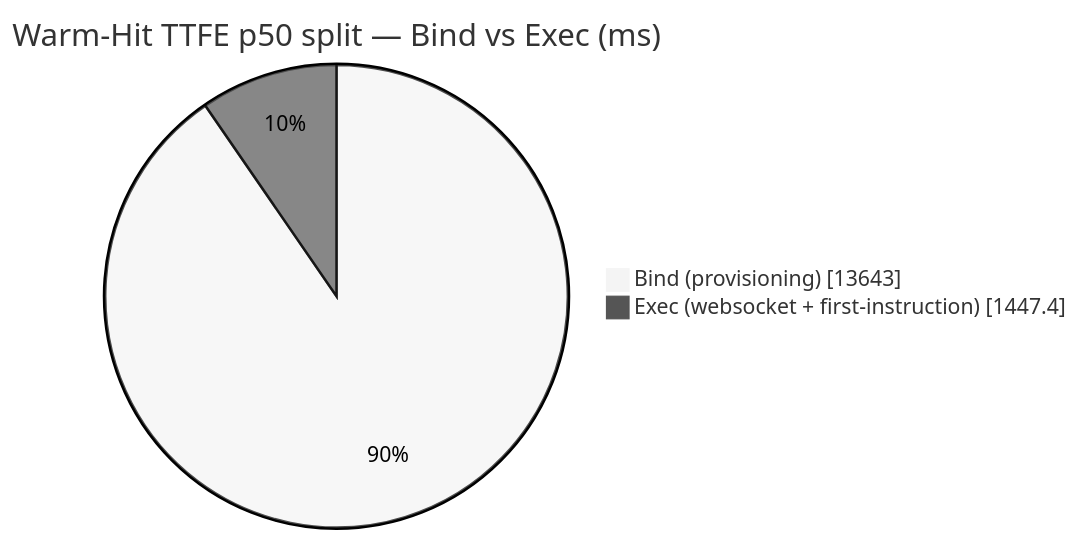
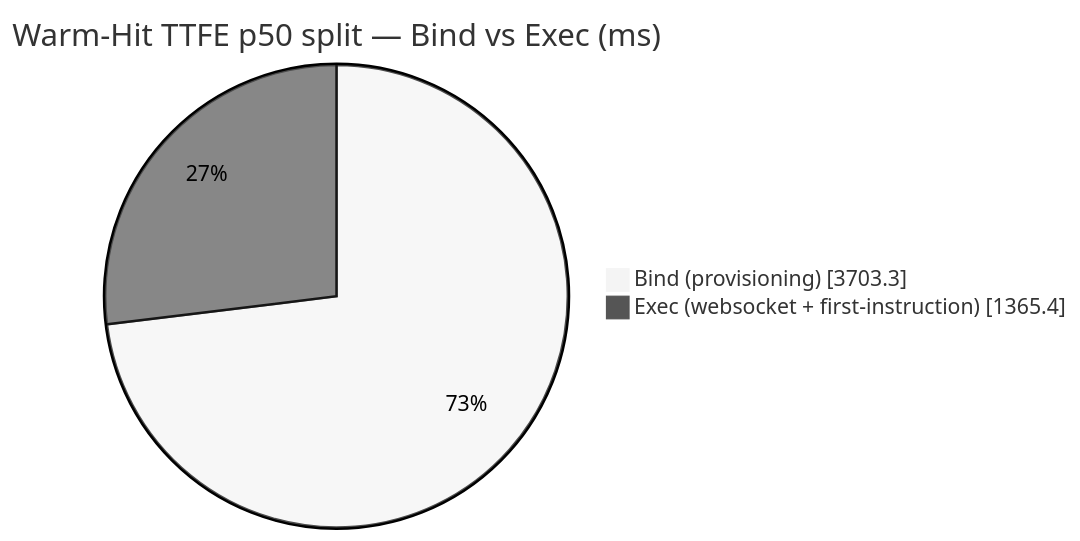
Before and after one commit to AlexBulankou/honest-bench: the diagram in DETAILS.md, drawn with Mermaid (neutral theme). The commit also changed other lines of this file and 4 other files, not shown here.

````diff
--- a/DETAILS.md
+++ b/DETAILS.md
@@ -96,6 +97,6 @@
 ```mermaid
 pie showData
     title Warm-Hit TTFE p50 split — Bind vs Exec (ms)
-    "Bind (provisioning)" : 13643.0
-    "Exec (websocket + first-instruction)" : 1447.4
+    "Bind (provisioning)" : 3703.3
+    "Exec (websocket + first-instruction)" : 1365.4
 ```
````
